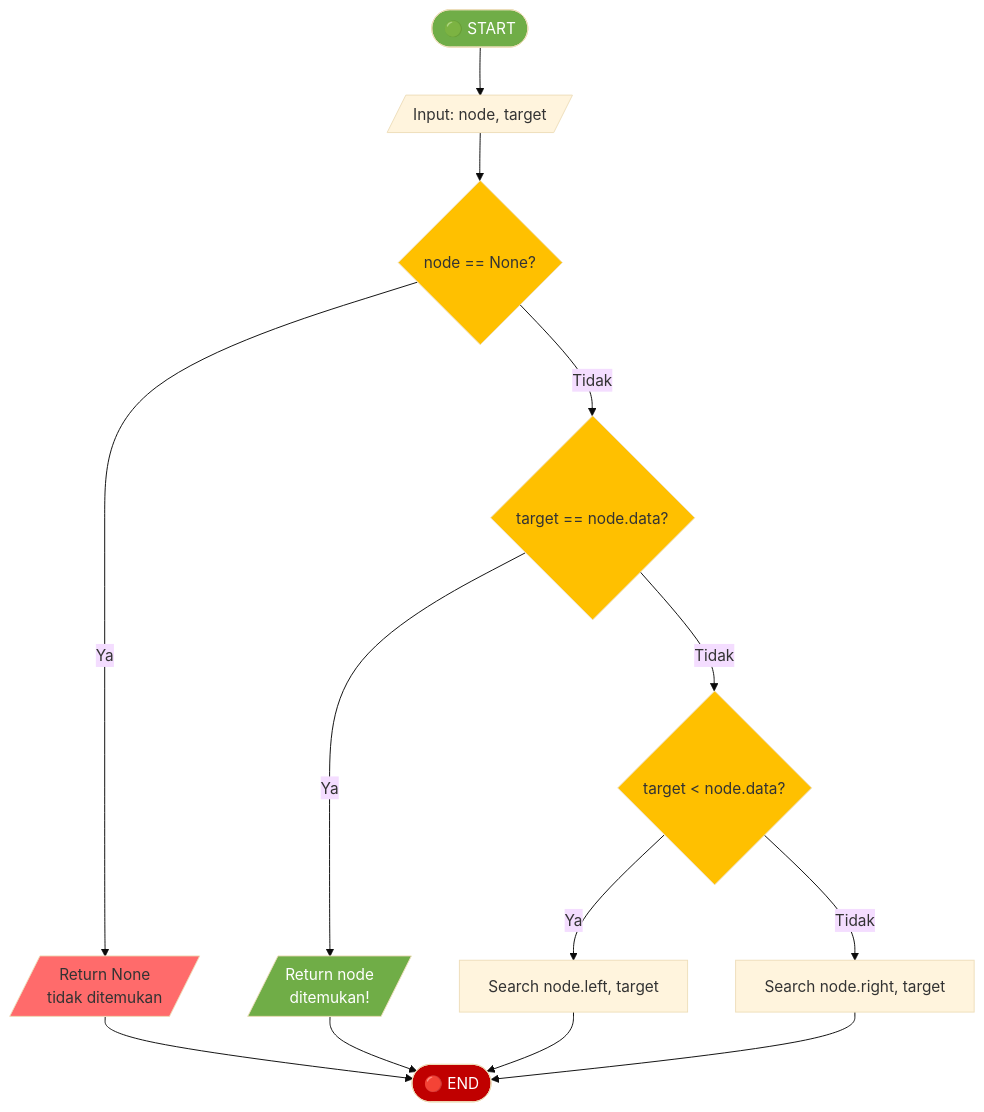
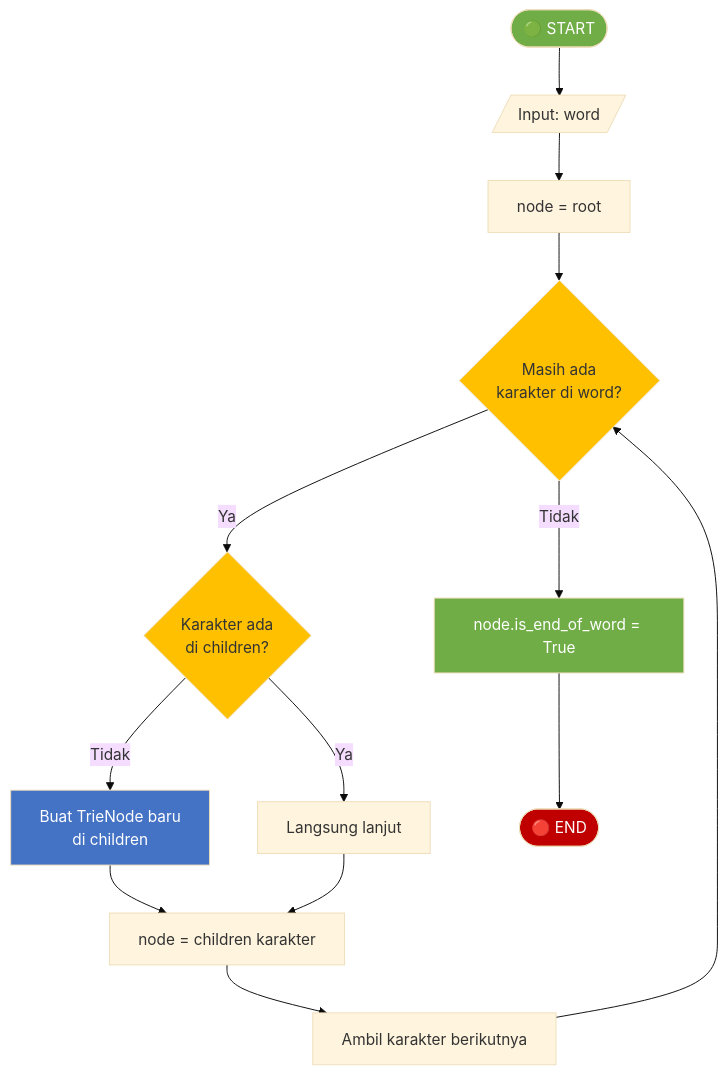
Before and after one commit to aidilsaputrakirsan/webVisualisasi: the fourth of 15 diagrams in materi-baru.md, drawn with Mermaid (base theme). The commit also changed other lines of this file and 56 other files, not shown here.

````diff
--- a/materi-baru.md
+++ b/materi-baru.md
@@ -149,23 +170,22 @@
 ```mermaid
 flowchart TD
-    START([🟢 START]) --> INPUT[/Input: node, target/]
-    INPUT --> CHECK1{node == None?}
-    CHECK1 -->|Ya| NOTFOUND[/Return None<br/>tidak ditemukan/]
-    CHECK1 -->|Tidak| CHECK2{target == node.data?}
-    CHECK2 -->|Ya| FOUND[/Return node<br/>ditemukan!/]
-    CHECK2 -->|Tidak| CHECK3{target < node.data?}
-    CHECK3 -->|Ya| GOLEFT[Search node.left, target]
-    CHECK3 -->|Tidak| GORIGHT[Search node.right, target]
-    GOLEFT --> END([🔴 END])
-    GORIGHT --> END
-    NOTFOUND --> END
-    FOUND --> END
+    START([🟢 START]) --> INPUT[/Input: word/]
+    INPUT --> INIT[node = root]
+    INIT --> LOOP{Masih ada<br/>karakter di word?}
+    LOOP -->|Ya| CHECK{Karakter ada<br/>di children?}
+    CHECK -->|Tidak| CREATE[Buat TrieNode baru<br/>di children]
+    CHECK -->|Ya| SKIP[Langsung lanjut]
+    CREATE --> MOVE[node = children karakter]
+    SKIP --> MOVE
+    MOVE --> NEXT[Ambil karakter berikutnya]
+    NEXT --> LOOP
+    LOOP -->|Tidak| MARK[node.is_end_of_word = True]
+    MARK --> END([🔴 END])
     
     style START fill:#70AD47,color:#fff
     style END fill:#C00000,color:#fff
-    style CHECK1 fill:#FFC000
-    style CHECK2 fill:#FFC000
-    style CHECK3 fill:#FFC000
-    style FOUND fill:#70AD47,color:#fff
-    style NOTFOUND fill:#FF6B6B
+    style LOOP fill:#FFC000
+    style CHECK fill:#FFC000
+    style CREATE fill:#4472C4,color:#fff
+    style MARK fill:#70AD47,color:#fff
 ```
````
